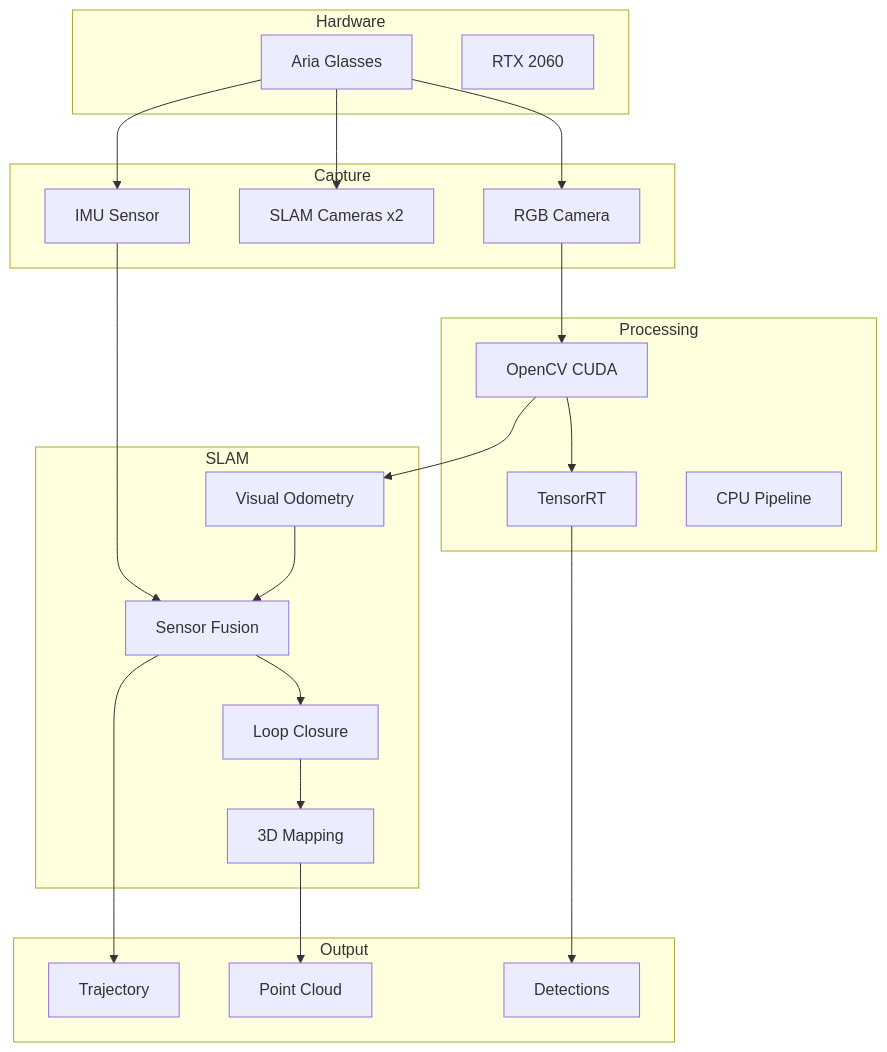
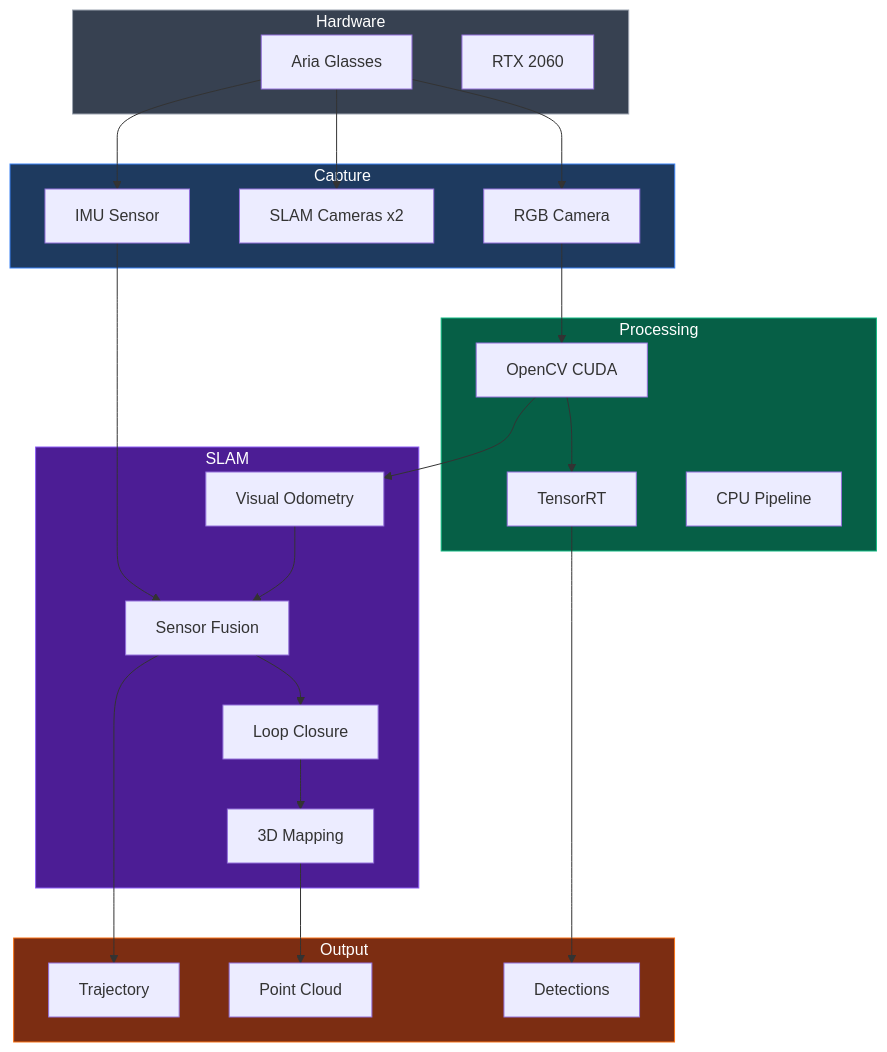
One commit to robertteleng/aria-slam changed the third of 11 diagrams in README.md. Above: the diagram before and after it, drawn with Mermaid. The commit also changed other lines of this file, not shown here.

Commit message:
docs: add colors to Mermaid diagrams and glossary section - Add style colors to all flowchart diagrams (blue/purple/green/orange) - Add Glossary section with 17 acronyms and 14 technical terms - Update Table of Contents - Remove emojis for professional appearance

````diff
--- a/README.md
+++ b/README.md
@@ -145,49 +159,55 @@
 ```mermaid
 flowchart TD
-    subgraph Hardware["Hardware"]
+    subgraph Hardware
         ARIA[Aria Glasses]
         GPU[RTX 2060]
     end
 
-    subgraph Capture["Capture"]
+    subgraph Capture
         RGB[RGB Camera]
         SLAM_CAM[SLAM Cameras x2]
         IMU_S[IMU Sensor]
     end
 
-    subgraph Processing["Processing"]
+    subgraph Processing
         CUDA[OpenCV CUDA]
         TRT[TensorRT]
         CPU[CPU Pipeline]
     end
 
-    subgraph SLAM["SLAM"]
+    subgraph SLAM
         VO[Visual Odometry]
         FUSION[Sensor Fusion]
         LOOP[Loop Closure]
         MAPPING[3D Mapping]
     end
 
-    subgraph Output["Output"]
+    subgraph Output
         TRAJ[Trajectory]
         MAP[Point Cloud]
         DET[Detections]
     end
 
     ARIA --> RGB
     ARIA --> SLAM_CAM
     ARIA --> IMU_S
 
     RGB --> CUDA
     CUDA --> VO
     IMU_S --> FUSION
     VO --> FUSION
     FUSION --> LOOP
     LOOP --> MAPPING
 
     CUDA --> TRT
     TRT --> DET
 
     MAPPING --> MAP
     FUSION --> TRAJ
+
+    style Hardware fill:#374151,stroke:#9ca3af,color:#fff
+    style Capture fill:#1e3a5f,stroke:#3b82f6,color:#fff
+    style Processing fill:#065f46,stroke:#10b981,color:#fff
+    style SLAM fill:#4c1d95,stroke:#8b5cf6,color:#fff
+    style Output fill:#7c2d12,stroke:#f97316,color:#fff
 ```
````
